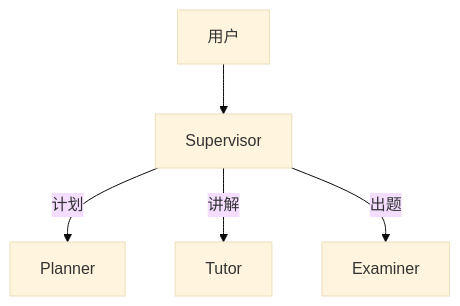
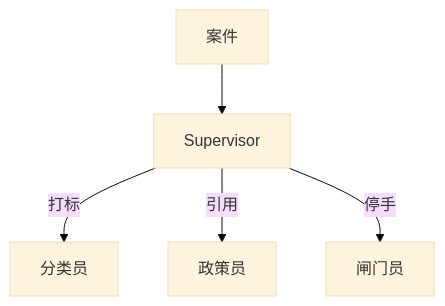
Before and after one commit to SabreKeyZ/agent-xuetang: the first of 2 diagrams in docs/weeks/05-multi-agent.md, drawn with Mermaid (base theme). The commit also changed other lines of this file and 193 other files, not shown here.

````diff
--- a/docs/weeks/05-multi-agent.md
+++ b/docs/weeks/05-multi-agent.md
@@ -31,7 +31,7 @@
 ```mermaid
 flowchart TB
-  U[用户] --> S[Supervisor]
-  S -->|计划| P[Planner]
-  S -->|讲解| T[Tutor]
-  S -->|出题| E[Examiner]
+  U[案件] --> S[Supervisor]
+  S -->|打标| C[分类员]
+  S -->|引用| P[政策员]
+  S -->|停手| G[闸门员]
 ```
````
